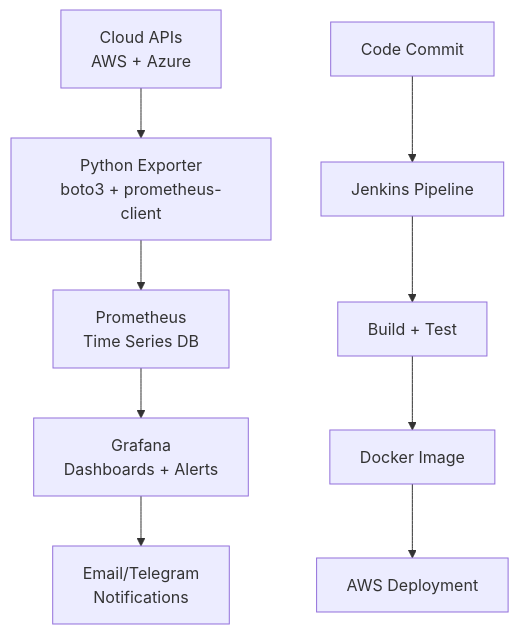
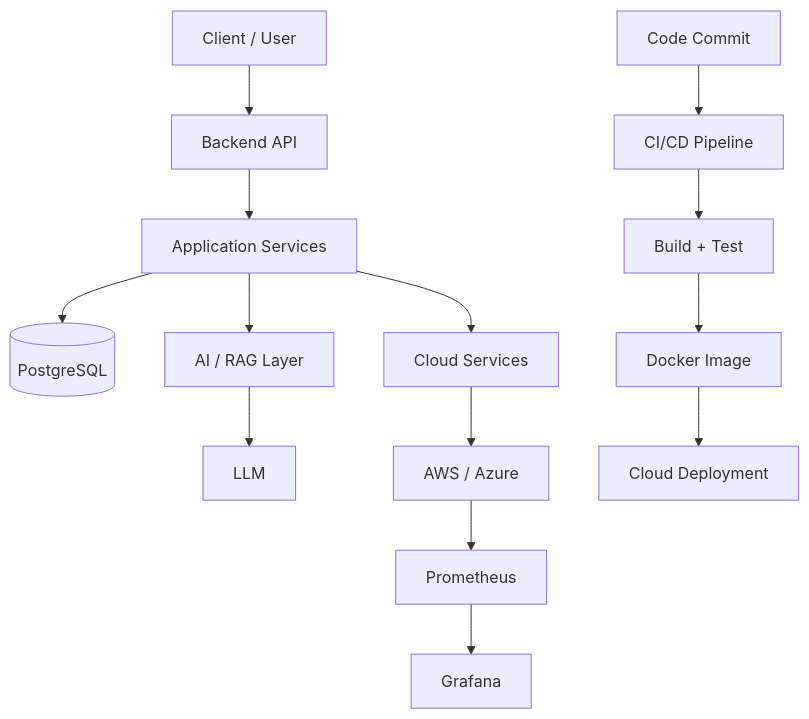
One commit to CloudFlamedev/CloudFlamedev changed the diagram in README.md. Above: the diagram before and after it, drawn with Mermaid. The commit also changed other lines of this file, not shown here.

````diff
--- a/README.md
+++ b/README.md
@@ -121,12 +148,20 @@
 ```mermaid
 graph TD
-    A[Cloud APIs<br/>AWS + Azure] --> B[Python Exporter<br/>boto3 + prometheus-client]
-    B --> C[Prometheus<br/>Time Series DB]
-    C --> D[Grafana<br/>Dashboards + Alerts]
-    D --> E[Email/Telegram<br/>Notifications]
+    A[Client / User] --> B[Backend API]
+    B --> C[Application Services]
+    C --> D[(PostgreSQL)]
 
-    F[Code Commit] --> G[Jenkins Pipeline]
-    G --> H[Build + Test]
-    H --> I[Docker Image]
-    I --> J[AWS Deployment]
+    C --> E[AI / RAG Layer]
+    E --> F[LLM]
+
+    C --> G[Cloud Services]
+    G --> H[AWS / Azure]
+
+    H --> I[Prometheus]
+    I --> J[Grafana]
+
+    K[Code Commit] --> L[CI/CD Pipeline]
+    L --> M[Build + Test]
+    M --> N[Docker Image]
+    N --> O[Cloud Deployment]
 ```
````
